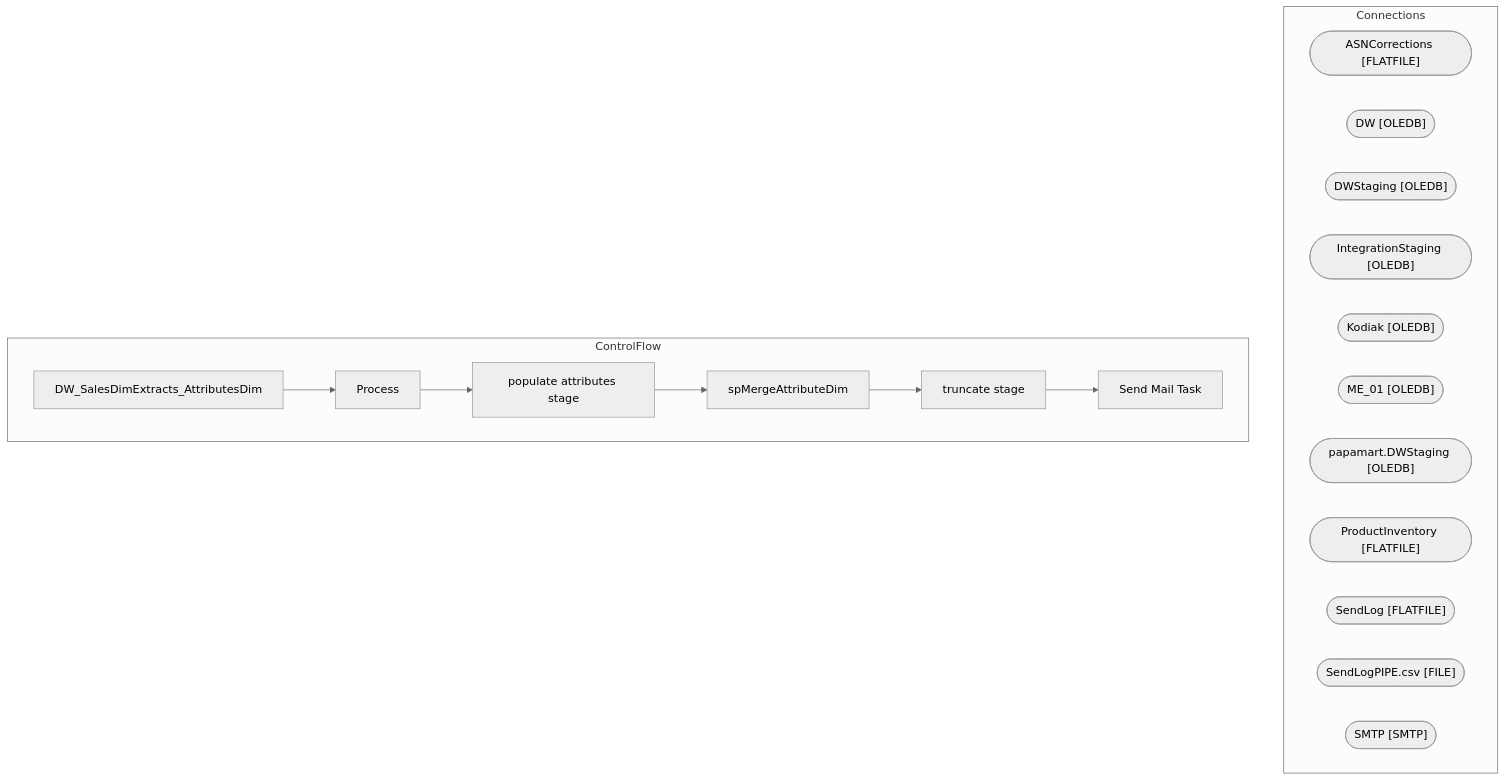
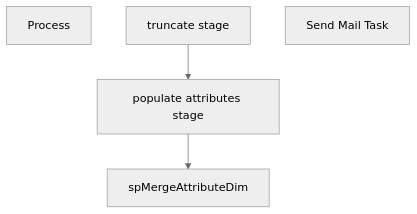
Before and after one commit to juanandresbrain/BABSkills: the diagram in bab-docs-explorer/Documentation/STL-SSIS-P-01/SSIS/DW/DW_SalesDimExtracts_AttributesDim.DW_SalesDimExtracts_AttributesDim.md, drawn with Mermaid (neutral theme). The commit also changed other lines of this file and 273 other files, not shown here.

````diff
--- a/bab-docs-explorer/Documentation/STL-SSIS-P-01/SSIS/DW/DW_SalesDimExtracts_AttributesDim.DW_SalesDimExtracts_AttributesDim.md
+++ b/bab-docs-explorer/Documentation/STL-SSIS-P-01/SSIS/DW/DW_SalesDimExtracts_AttributesDim.DW_SalesDimExtracts_AttributesDim.md
@@ -9,29 +46,10 @@
 ```mermaid
 flowchart TD
-    subgraph Connections
-        ASNCorrections_conn(["ASNCorrections [FLATFILE]"])
-        DW_conn(["DW [OLEDB]"])
-        DWStaging_conn(["DWStaging [OLEDB]"])
-        IntegrationStaging_conn(["IntegrationStaging [OLEDB]"])
-        Kodiak_conn(["Kodiak [OLEDB]"])
-        ME_01_conn(["ME_01 [OLEDB]"])
-        papamart_DWStaging_conn(["papamart.DWStaging [OLEDB]"])
-        ProductInventory_conn(["ProductInventory [FLATFILE]"])
-        SendLog_conn(["SendLog [FLATFILE]"])
-        SendLogPIPE_csv_conn(["SendLogPIPE.csv [FILE]"])
-        SMTP_conn(["SMTP [SMTP]"])
-    end
-    subgraph ControlFlow
-        DW_SalesDimExtracts_AttributesDim_task["DW_SalesDimExtracts_AttributesDim"]
-        Process_task["Process"]
-        DW_SalesDimExtracts_AttributesDim_task --> Process_task
-        populate_attributes_stage_task["populate attributes stage"]
-        Process_task --> populate_attributes_stage_task
-        spMergeAttributeDim_task["spMergeAttributeDim"]
-        populate_attributes_stage_task --> spMergeAttributeDim_task
-        truncate_stage_task["truncate stage"]
-        spMergeAttributeDim_task --> truncate_stage_task
-        Send_Mail_Task_task["Send Mail Task"]
-        truncate_stage_task --> Send_Mail_Task_task
-    end
+    n_Package_Process["Process"]
+    n_Package_Process_populate_attributes_stage["populate attributes stage"]
+    n_Package_Process_spMergeAttributeDim["spMergeAttributeDim"]
+    n_Package_Process_truncate_stage["truncate stage"]
+    n_Package_EventHandlers_OnError__Send_Mail_Task["Send Mail Task"]
+    n_Package_Process_truncate_stage --> n_Package_Process_populate_attributes_stage
+    n_Package_Process_populate_attributes_stage --> n_Package_Process_spMergeAttributeDim
 ```
````
